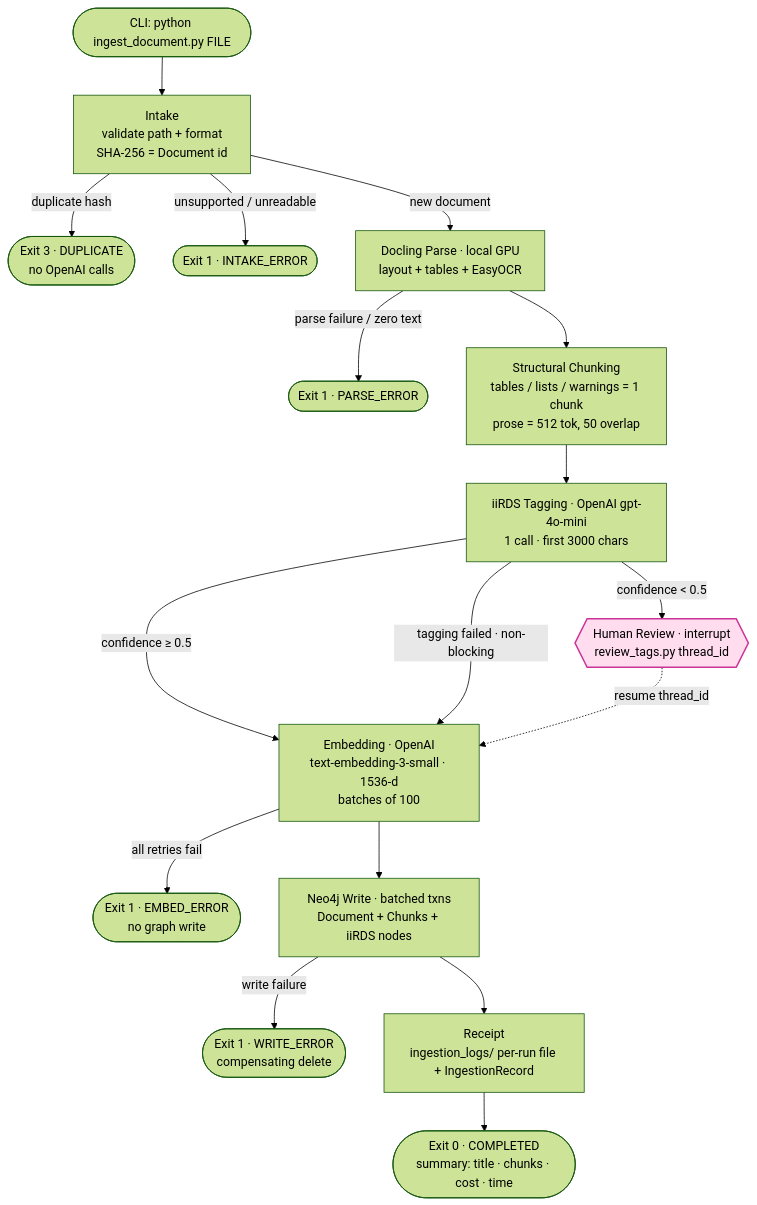
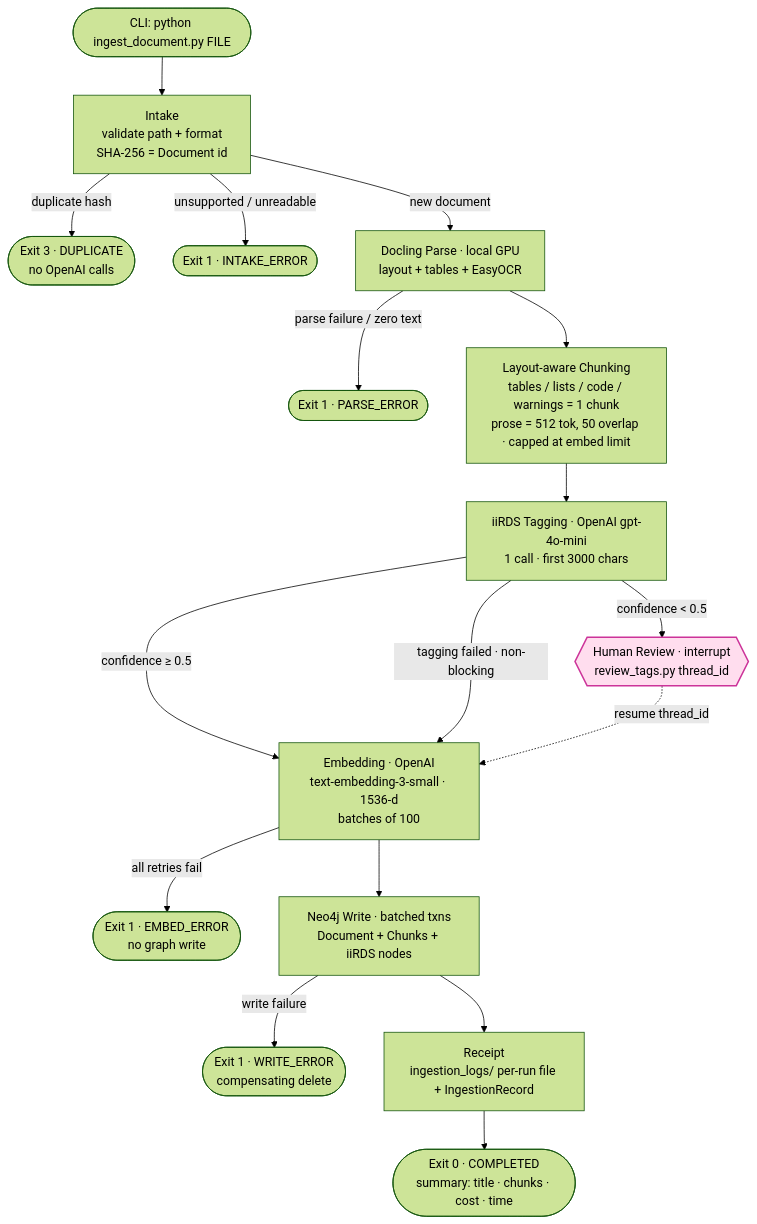
The first of 2 diagrams in USER_MANUAL.md (suryakantverma2013/graphrag-pipeline), drawn with Mermaid (forest theme) before and after one commit. The commit also changed other lines of this file and 5 other files, not shown here.

````diff
--- a/USER_MANUAL.md
+++ b/USER_MANUAL.md
@@ -346,22 +347,22 @@
 ```mermaid
 flowchart TD
     A([CLI: python ingest_document.py FILE]) --> B[Intake<br/>validate path + format<br/>SHA-256 = Document id]
     B -->|duplicate hash| DUP([Exit 3 · DUPLICATE<br/>no OpenAI calls])
     B -->|unsupported / unreadable| ERR1([Exit 1 · INTAKE_ERROR])
     B -->|new document| C[Docling Parse · local GPU<br/>layout + tables + EasyOCR]
     C -->|parse failure / zero text| ERR2([Exit 1 · PARSE_ERROR])
-    C --> D[Structural Chunking<br/>tables / lists / warnings = 1 chunk<br/>prose = 512 tok, 50 overlap]
+    C --> D[Layout-aware Chunking<br/>tables / lists / code / warnings = 1 chunk<br/>prose = 512 tok, 50 overlap · capped at embed limit]
     D --> E[iiRDS Tagging · OpenAI gpt-4o-mini<br/>1 call · first 3000 chars]
     E -->|confidence ≥ 0.5| G
     E -->|confidence &lt; 0.5| F{{Human Review · interrupt<br/>review_tags.py thread_id}}
     E -->|tagging failed · non-blocking| G[Embedding · OpenAI<br/>text-embedding-3-small · 1536-d<br/>batches of 100]
     F -. resume thread_id .-> G
     G -->|all retries fail| ERR3([Exit 1 · EMBED_ERROR<br/>no graph write])
     G --> H[Neo4j Write · batched txns<br/>Document + Chunks + iiRDS nodes]
     H -->|write failure| ERR4([Exit 1 · WRITE_ERROR<br/>compensating delete])
     H --> I[Receipt<br/>ingestion_logs/ per-run file + IngestionRecord]
     I --> OK([Exit 0 · COMPLETED<br/>summary: title · chunks · cost · time])
 
     classDef interrupt fill:#fde,stroke:#c39,stroke-width:2px;
     class F interrupt;
 ```
````
